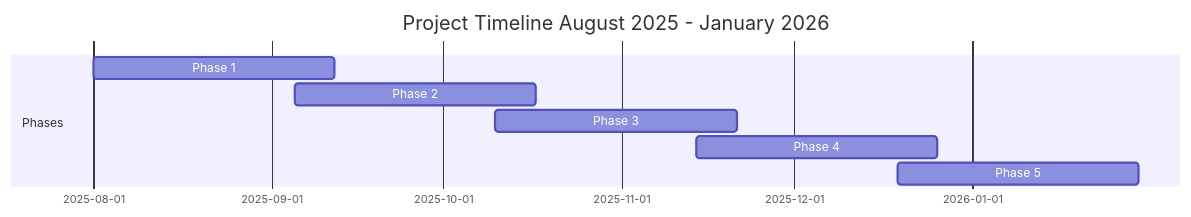
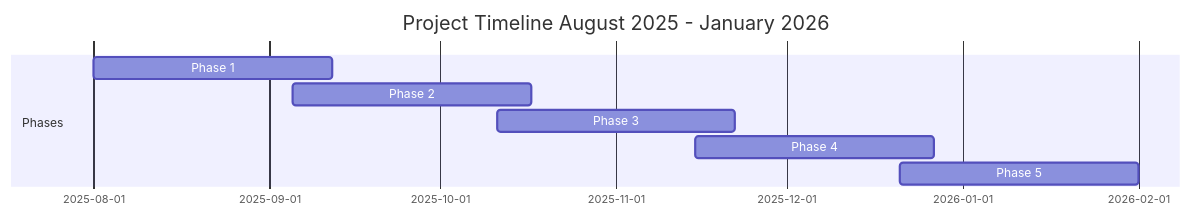
Before and after one commit to fatihdurgut/AQC: the diagram in project-timeline.md, drawn with Mermaid. The commit also changed other lines of this file, not shown here.

Commit message:
Update Mermaid Gantt diagram to end on January 31, 2026 with equal overlaps

````diff
--- a/project-timeline.md
+++ b/project-timeline.md
@@ -5,12 +5,12 @@
 ```mermaid
 gantt
     title Project Timeline August 2025 - January 2026
     dateFormat YYYY-MM-DD
     
     section Phases
     Phase 1    :phase1, 2025-08-01, 42d
     Phase 2    :phase2, 2025-09-05, 42d
-    Phase 3    :phase3, 2025-10-10, 42d
-    Phase 4    :phase4, 2025-11-14, 42d
-    Phase 5    :phase5, 2025-12-19, 42d
+    Phase 3    :phase3, 2025-10-11, 42d
+    Phase 4    :phase4, 2025-11-15, 42d
+    Phase 5    :phase5, 2025-12-21, 42d
 ```
````
